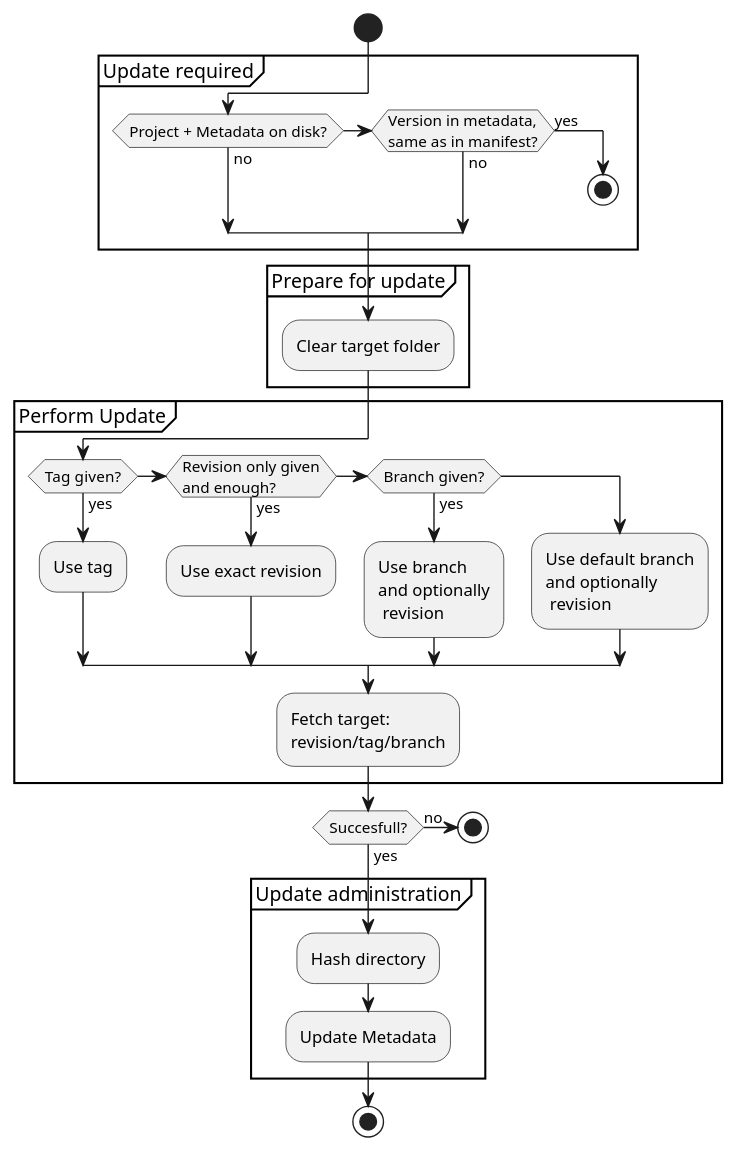
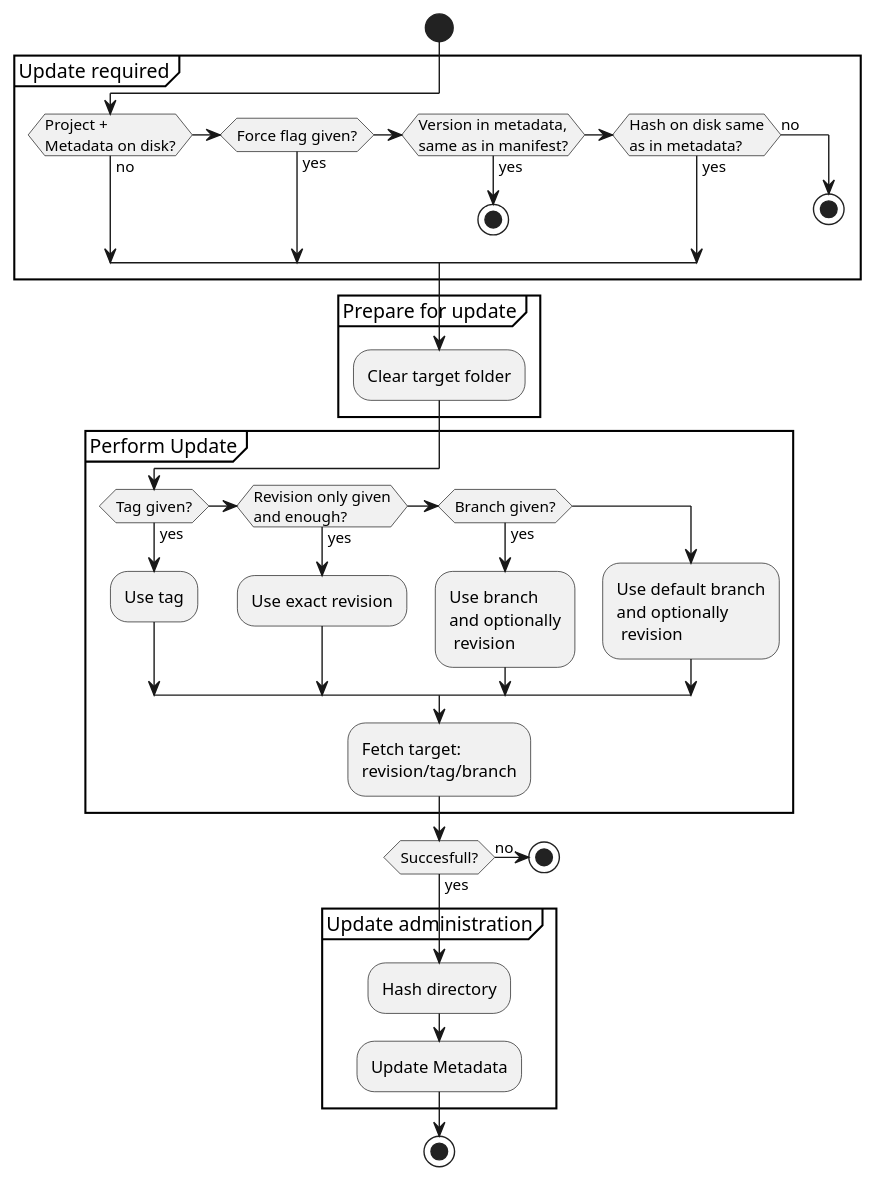
One commit to dfetch-org/dfetch changed the diagram in doc/static/uml/update.puml. Above: the diagram before and after it, drawn with PlantUML.

Commit message:
Update flow chart of update

```diff
--- a/doc/static/uml/update.puml
+++ b/doc/static/uml/update.puml
@@ -1,51 +1,60 @@
 @startuml
 start
 
 skinparam monochrome true
 skinparam defaultFontName Frutiger
 
 partition "Update required" {
 
-    if (Project + Metadata on disk?) then (no)
-    elseif (Version in metadata,\nsame as in manifest?) then (no)
-    else (yes)
+    if (Project +\nMetadata on disk?) then (no)
+    elseif (Force flag given?) then (yes)
+    elseif (Version in metadata,\nsame as in manifest?) then (yes)
         stop
+    elseif (Hash on disk same\nas in metadata?) then (yes)
+    else (no)
+       stop
     endif
+
+    ' if (Hash on disk same\nas in metadata?) then (yes)
+    ' elseif (Force flag given?) then (yes)
+    ' else
+    '     stop
+    ' endif
 }
 
 partition "Prepare for update" {
     :Clear target folder;
 }
 
 partition "Perform Update" {
 
     if (Tag given?) then (yes)
         :Use tag;
     elseif (Revision only given\nand enough?) then (yes)
         :Use exact revision;
     elseif (Branch given?) then (yes)
         :Use branch
         and optionally
          revision;
     else
         :Use default branch
         and optionally
          revision;
     endif
 
     :Fetch target:
     revision/tag/branch;
 }
 
     if (Succesfull?) then (no)
         stop
     else (yes)
     endif
 
 partition "Update administration" {
     :Hash directory;
     :Update Metadata;
 }
 
 stop
 @enduml
```
